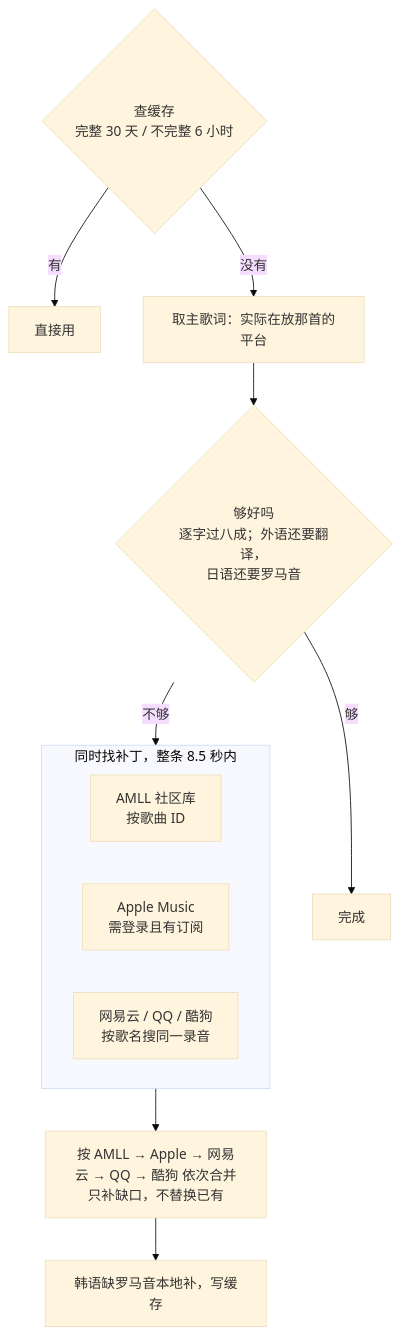
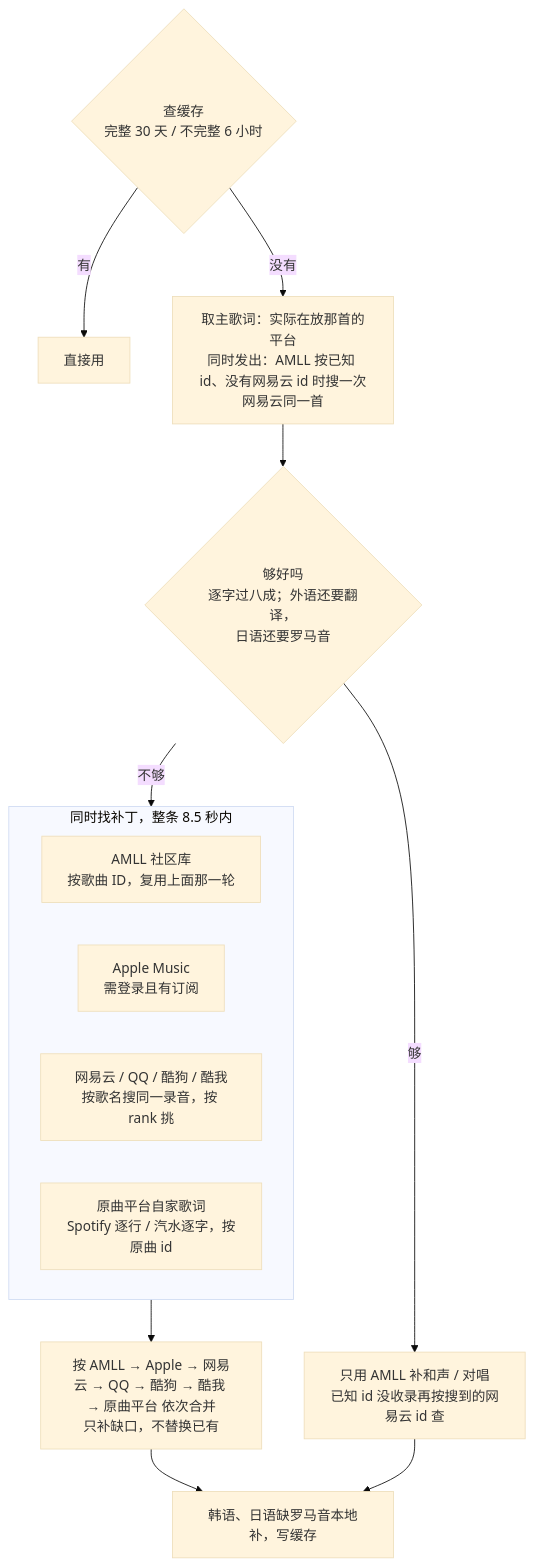
The second of 2 diagrams in docs/project/ARCHITECTURE.md (violetsnowl/Nebula), drawn with Mermaid (base theme) before and after one commit. The commit also changed other lines of this file and 2 other files, not shown here.

Commit message:
docs: 结项交接——后端链路总图按 #216 重画，快照改写为「播放与歌词已收敛、下一阶段待定」，汽水与改文件的坑写进 NOTES

````diff
--- a/docs/project/ARCHITECTURE.md
+++ b/docs/project/ARCHITECTURE.md
@@ -139,15 +143,17 @@
 ```mermaid
 flowchart TD
   K{查缓存<br/>完整 30 天 / 不完整 6 小时} -->|有| K1[直接用]
-  K -->|没有| P[取主歌词：实际在放那首的平台]
+  K -->|没有| P[取主歌词：实际在放那首的平台<br/>同时发出：AMLL 按已知 id、没有网易云 id 时搜一次网易云同一首]
   P --> G{够好吗<br/>逐字过八成；外语还要翻译，<br/>日语还要罗马音}
-  G -->|够| G1[完成]
+  G -->|够| G1[只用 AMLL 补和声 / 对唱<br/>已知 id 没收录再按搜到的网易云 id 查]
   G -->|不够| S
   subgraph S [同时找补丁，整条 8.5 秒内]
-    S1[AMLL 社区库<br/>按歌曲 ID]
+    S1[AMLL 社区库<br/>按歌曲 ID，复用上面那一轮]
     S2[Apple Music<br/>需登录且有订阅]
-    S3[网易云 / QQ / 酷狗<br/>按歌名搜同一录音]
+    S3[网易云 / QQ / 酷狗 / 酷我<br/>按歌名搜同一录音，按 rank 挑]
+    S4[原曲平台自家歌词<br/>Spotify 逐行 / 汽水逐字，按原曲 id]
   end
-  S --> M[按 AMLL → Apple → 网易云 → QQ → 酷狗 依次合并<br/>只补缺口，不替换已有]
-  M --> R[韩语缺罗马音本地补，写缓存]
+  S --> M[按 AMLL → Apple → 网易云 → QQ → 酷狗 → 酷我 → 原曲平台 依次合并<br/>只补缺口，不替换已有]
+  M --> R[韩语、日语缺罗马音本地补，写缓存]
+  G1 --> R
 ```
````
